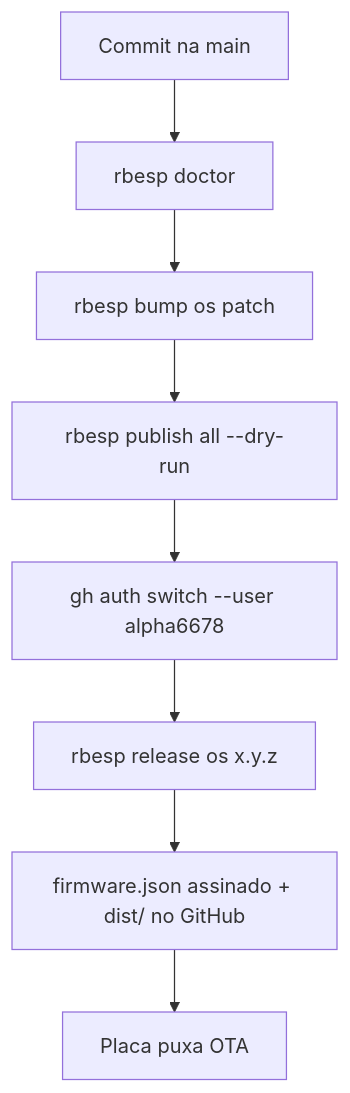
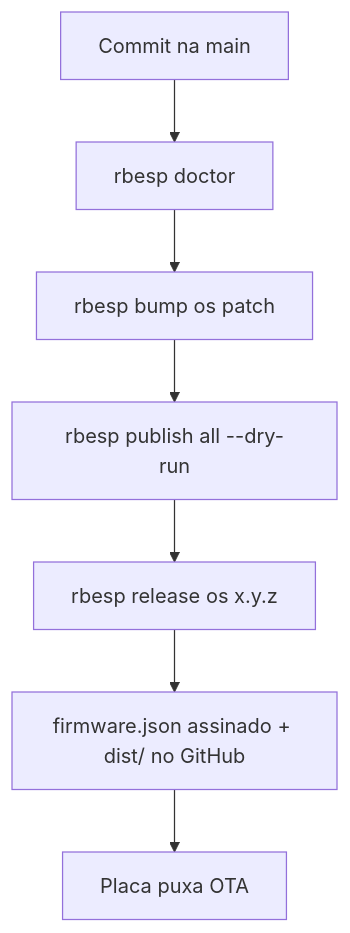
One commit to alpha6678/RibanenseESP changed the diagram in docs/RELEASE_PROCESS.md. Above: the diagram before and after it, drawn with Mermaid. The commit also changed other lines of this file and 9 other files, not shown here.

````diff
--- a/docs/RELEASE_PROCESS.md
+++ b/docs/RELEASE_PROCESS.md
@@ -23,10 +23,9 @@
 ```mermaid
 flowchart TB
   A[Commit na main] --> B[rbesp doctor]
   B --> C[rbesp bump os patch]
   C --> D[rbesp publish all --dry-run]
-  D --> E[gh auth switch --user alpha6678]
-  E --> F[rbesp release os x.y.z]
+  D --> F[rbesp release os x.y.z]
   F --> G[firmware.json assinado + dist/ no GitHub]
   G --> H[Placa puxa OTA]
 ```
````
